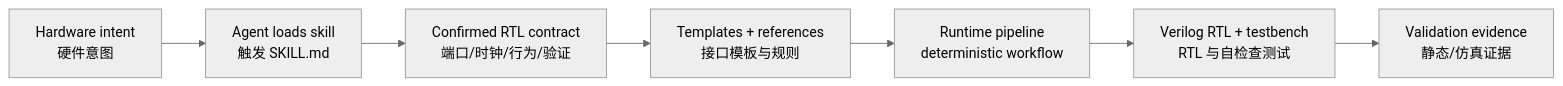
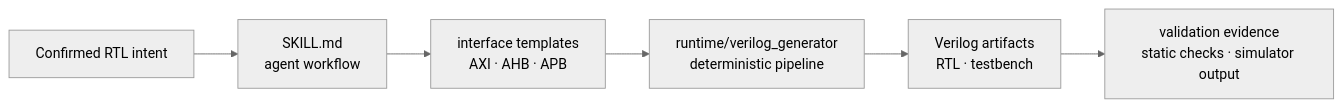
The first of 2 diagrams in README.md (Eriemon/verilog-generator), drawn with Mermaid (neutral theme) before and after one commit. The commit also changed other lines of this file and 3 other files, not shown here.

````diff
--- a/README.md
+++ b/README.md
@@ -35,9 +42,8 @@
 ```mermaid
 flowchart LR
-    U["Hardware intent<br/>硬件意图"] --> A["Agent loads skill<br/>触发 SKILL.md"]
-    A --> R["Confirmed RTL contract<br/>端口/时钟/行为/验证"]
-    R --> T["Templates + references<br/>接口模板与规则"]
-    T --> P["Runtime pipeline<br/>deterministic workflow"]
-    P --> V["Verilog RTL + testbench<br/>RTL 与自检查测试"]
-    V --> E["Validation evidence<br/>静态/仿真证据"]
+    intent["Confirmed RTL intent"] --> skill["SKILL.md<br/>agent workflow"]
+    skill --> templates["interface templates<br/>AXI · AHB · APB"]
+    templates --> runtime["runtime/verilog_generator<br/>deterministic pipeline"]
+    runtime --> rtl["Verilog artifacts<br/>RTL · testbench"]
+    rtl --> evidence["validation evidence<br/>static checks · simulator output"]
 ```
````
